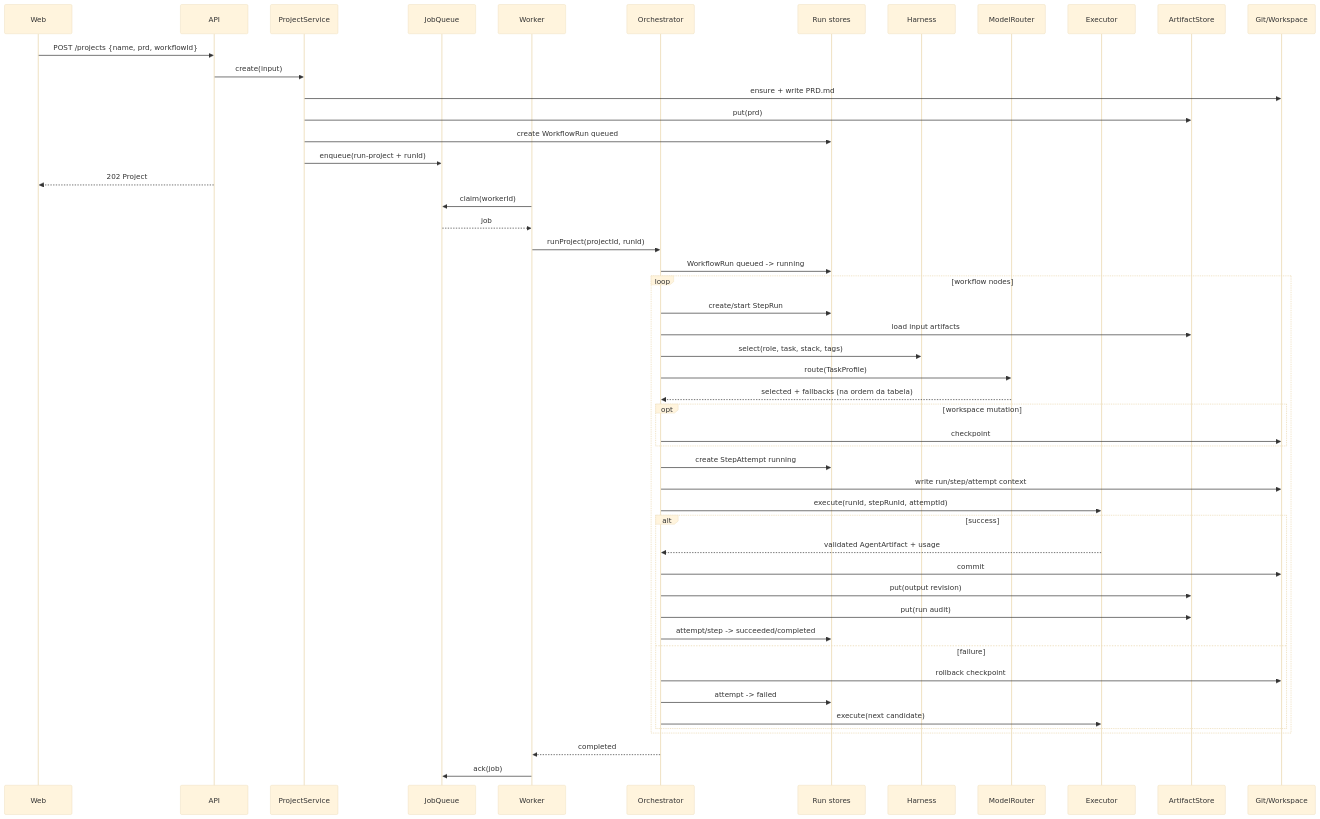
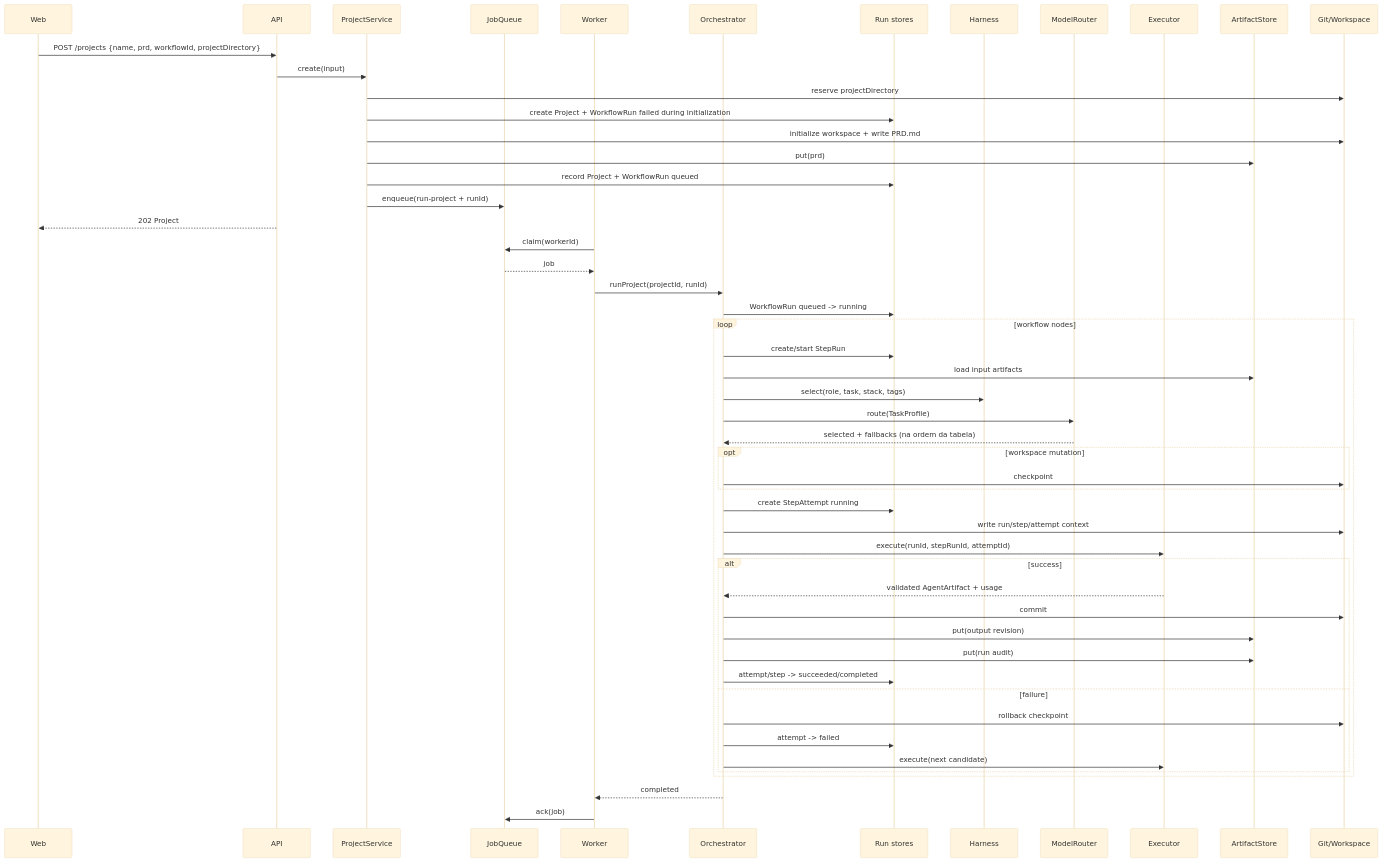
The second of 2 diagrams in docs/ARCHITECTURE.md (eedsilva/agent-foundry), drawn with Mermaid (base theme) before and after one commit. The commit also changed 46 other files, not shown here.

First line of the commit message:
feat: reserve selected project directory (#599) (#670)

````diff
--- a/docs/ARCHITECTURE.md
+++ b/docs/ARCHITECTURE.md
@@ -140,56 +140,58 @@
 ```mermaid
 sequenceDiagram
     participant UI as Web
     participant API as API
     participant PS as ProjectService
     participant Q as JobQueue
     participant W as Worker
     participant O as Orchestrator
     participant S as Run stores
     participant H as Harness
     participant R as ModelRouter
     participant E as Executor
     participant A as ArtifactStore
     participant G as Git/Workspace
 
-    UI->>API: POST /projects {name, prd, workflowId}
+    UI->>API: POST /projects {name, prd, workflowId, projectDirectory}
     API->>PS: create(input)
-    PS->>G: ensure + write PRD.md
+    PS->>G: reserve projectDirectory
+    PS->>S: create Project + WorkflowRun failed during initialization
+    PS->>G: initialize workspace + write PRD.md
     PS->>A: put(prd)
-    PS->>S: create WorkflowRun queued
+    PS->>S: record Project + WorkflowRun queued
     PS->>Q: enqueue(run-project + runId)
     API-->>UI: 202 Project
 
     W->>Q: claim(workerId)
     Q-->>W: job
     W->>O: runProject(projectId, runId)
     O->>S: WorkflowRun queued -> running
 
     loop workflow nodes
       O->>S: create/start StepRun
       O->>A: load input artifacts
       O->>H: select(role, task, stack, tags)
       O->>R: route(TaskProfile)
       R-->>O: selected + fallbacks (na ordem da tabela)
       opt workspace mutation
         O->>G: checkpoint
       end
       O->>S: create StepAttempt running
       O->>G: write run/step/attempt context
       O->>E: execute(runId, stepRunId, attemptId)
       alt success
         E-->>O: validated AgentArtifact + usage
         O->>G: commit
         O->>A: put(output revision)
         O->>A: put(run audit)
         O->>S: attempt/step -> succeeded/completed
       else failure
         O->>G: rollback checkpoint
         O->>S: attempt -> failed
         O->>E: execute(next candidate)
       end
     end
 
     O-->>W: completed
     W->>Q: ack(job)
 ```
````
